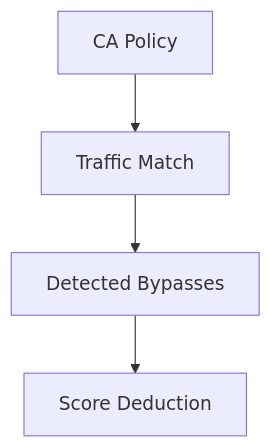
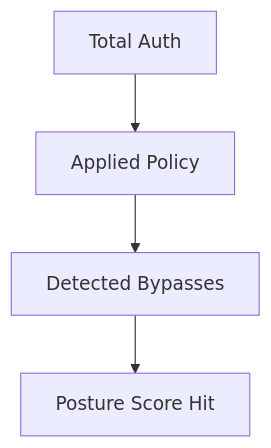
One commit to Devopstrio/identity-security-scorecard changed diagram 18 of 30 in README.md. Above: the diagram before and after it, drawn with Mermaid. The commit also changed other lines of this file, not shown here.

Commit message:
docs: finalize premium institutional-grade README with 30+ diagrams and executive summary

````diff
--- a/README.md
+++ b/README.md
@@ -251,6 +249,6 @@
 ```mermaid
 graph TD
-    Policy[CA Policy] --> Hits[Traffic Match]
-    Hits --> Bypass[Detected Bypasses]
-    Bypass --> Penalty[Score Deduction]
+    Traffic[Total Auth] --> Pol[Applied Policy]
+    Pol --> Bypass[Detected Bypasses]
+    Bypass --> Penalty[Posture Score Hit]
 ```
````
